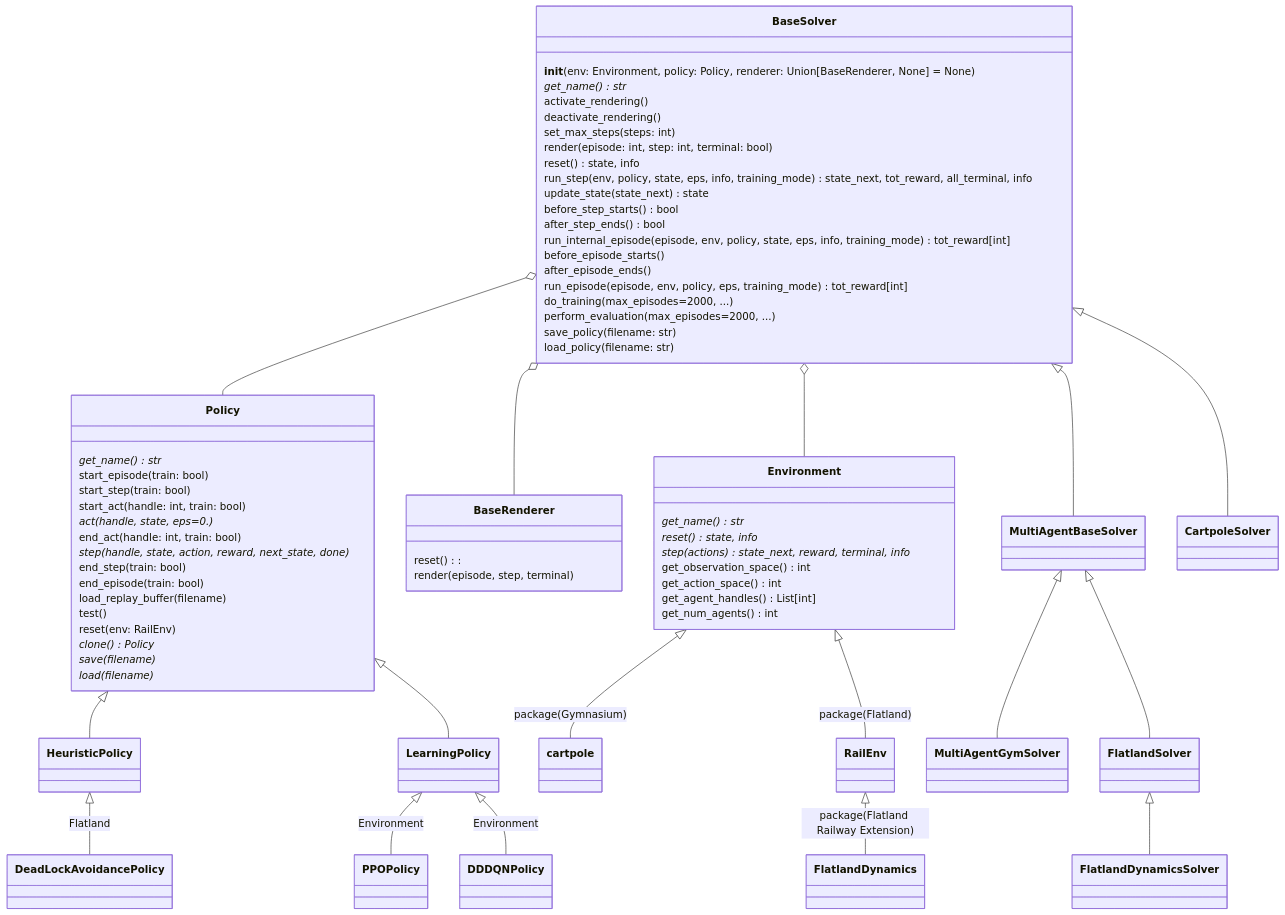
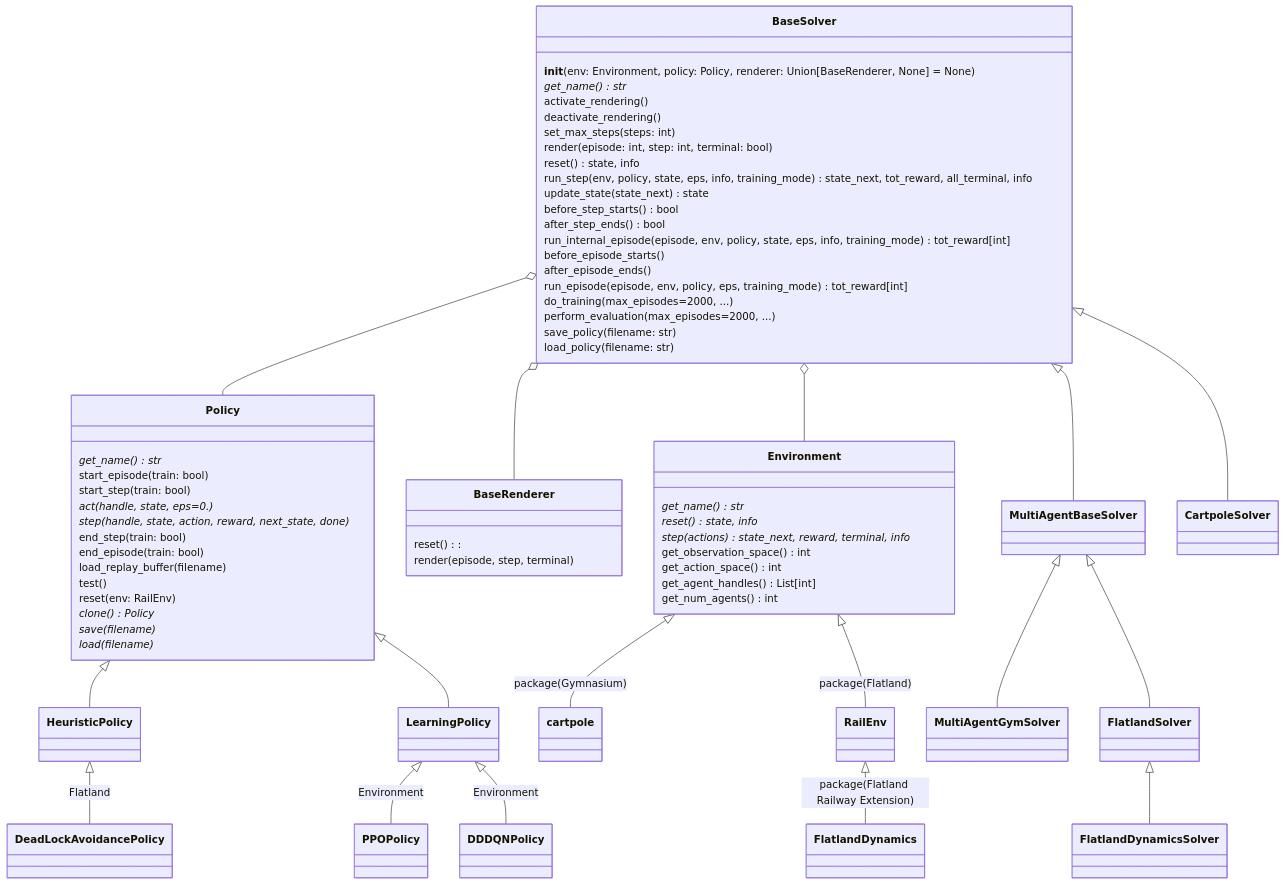
One commit to aiAdrian/flatland_solver_policy changed the second of 3 diagrams in README.md. Above: the diagram before and after it, drawn with Mermaid. The commit also changed other lines of this file and 5 other files, not shown here.

````diff
--- a/README.md
+++ b/README.md
@@ -34,82 +34,80 @@
 ```mermaid
 classDiagram
        
     BaseSolver o-- Policy
     BaseSolver o-- BaseRenderer
     BaseSolver o-- Environment
 
     Environment <|-- cartpole : package(Gymnasium)
     Environment <|-- RailEnv : package(Flatland)
     RailEnv <|-- FlatlandDynamics : package(Flatland Railway Extension)
     
     BaseSolver <|-- MultiAgentBaseSolver
     BaseSolver <|-- CartpoleSolver
     
     MultiAgentBaseSolver <|-- MultiAgentGymSolver
     MultiAgentBaseSolver <|-- FlatlandSolver
     FlatlandSolver <|-- FlatlandDynamicsSolver
     
     Policy  <|-- HeuristicPolicy
 
     HeuristicPolicy  <|-- DeadLockAvoidancePolicy : Flatland
 
     Policy  <|-- LearningPolicy
 
     LearningPolicy <|-- PPOPolicy : Environment
     LearningPolicy <|-- DDDQNPolicy : Environment
 
     class Environment {
         get_name()* str       
         reset()* state, info
         step(actions)* state_next, reward, terminal, info
         get_observation_space() int
         get_action_space() int
         get_agent_handles() List[int] 
         get_num_agents() int 
     }
 
     class Policy {
       get_name()* str
       start_episode(train: bool)
       start_step(train: bool)
-      start_act(handle: int, train: bool)
       act(handle, state, eps=0.)*
-      end_act(handle: int, train: bool)
       step(handle, state, action, reward, next_state, done)*
       end_step(train: bool)
       end_episode(train: bool)
       load_replay_buffer(filename)
       test()
       reset(env: RailEnv)
       clone()* Policy
       save(filename)*
       load(filename)* 
     }
 
     class BaseRenderer {
         reset():
         render(episode, step, terminal)
     }
 
     class BaseSolver {
         __init__(env: Environment, policy: Policy, renderer: Union[BaseRenderer, None] = None)
         get_name()* str
         activate_rendering()
         deactivate_rendering()
         set_max_steps(steps: int)
         render(episode: int, step: int, terminal: bool)
         reset() state, info
         run_step(env, policy, state, eps, info, training_mode) state_next, tot_reward, all_terminal, info
         update_state(state_next) state
         before_step_starts() bool
         after_step_ends() bool
         run_internal_episode( episode, env, policy, state, eps, info, training_mode) tot_reward[int]
         before_episode_starts()
         after_episode_ends()
         run_episode(episode, env, policy, eps, training_mode) tot_reward[int]
         do_training(max_episodes=2000, ...)
         perform_evaluation(max_episodes=2000, ...)
         save_policy(filename: str)
         load_policy(filename: str)
     }
 ``` 
````
